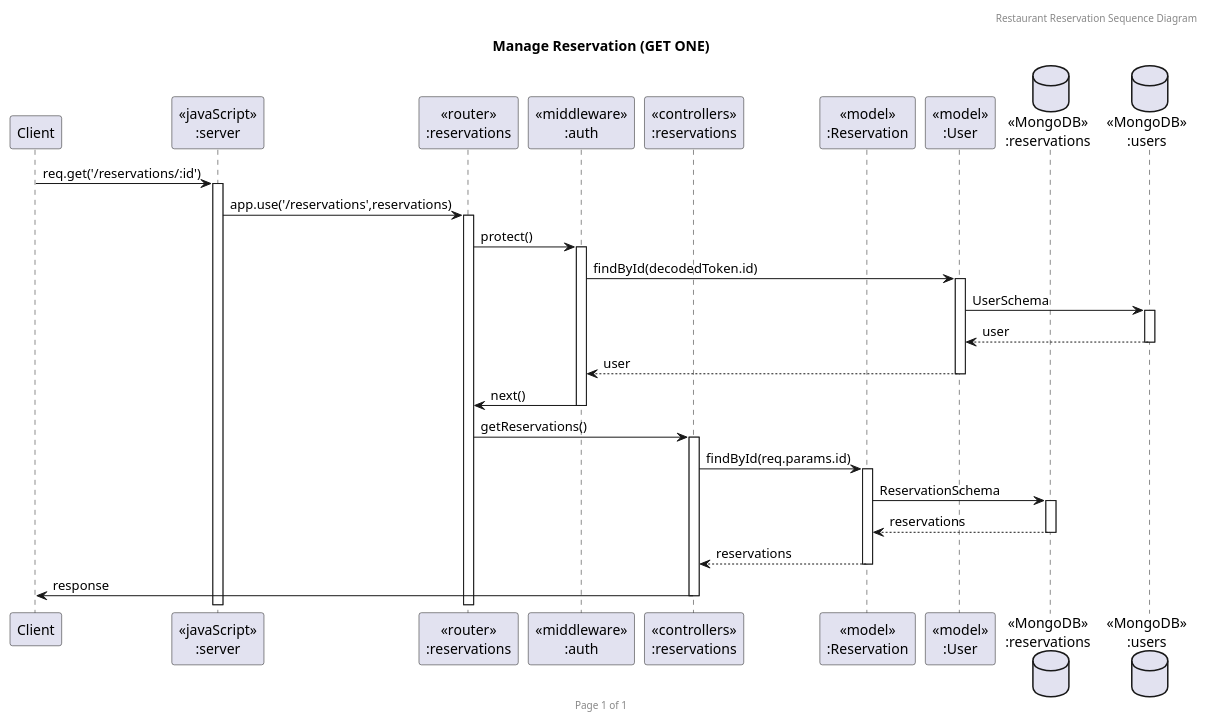
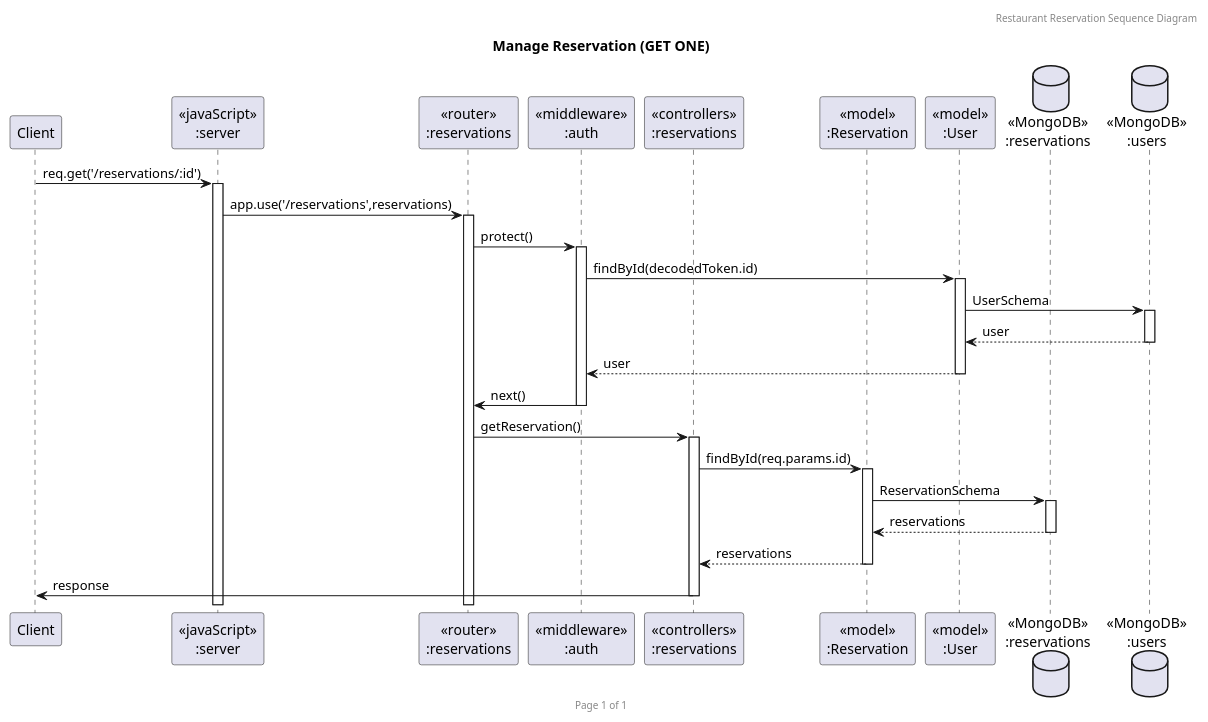
Before and after one commit to Prince-in-the-wood/sw-dev-term-project: the diagram in doc/sequence-diagrams/reservation/get-reservation.puml, drawn with PlantUML.

Commit message:
docs: Correct diagram info

```diff
--- a/doc/sequence-diagrams/reservation/get-reservation.puml
+++ b/doc/sequence-diagrams/reservation/get-reservation.puml
@@ -1,33 +1,33 @@
-@startuml Manage Reservation (GET ALL)
+@startuml Manage Reservation (GET ONE)
 
 header Restaurant Reservation Sequence Diagram
 footer Page %page% of %lastpage%
 title "Manage Reservation (GET ONE)"
 
 participant "Client" as client
 participant "<<javaScript>>\n:server" as server
 participant "<<router>>\n:reservations" as routerReservations
 participant "<<middleware>>\n:auth" as middlewareAuth
 participant "<<controllers>>\n:reservations" as controllersReservations
 participant "<<model>>\n:Reservation" as modelReservation
 participant "<<model>>\n:User" as modelUser
 database "<<MongoDB>>\n:reservations" as ReservationsDatabase
 database "<<MongoDB>>\n:users" as UsersDatabase
 
 ' GET ONE
 client->server ++:req.get('/reservations/:id')
 server->routerReservations ++:app.use('/reservations',reservations)
 routerReservations -> middlewareAuth ++:protect()
 middlewareAuth -> modelUser ++:findById(decodedToken.id)
 modelUser -> UsersDatabase ++:UserSchema
 UsersDatabase --> modelUser --:user
 modelUser --> middlewareAuth --:user
 middlewareAuth -> routerReservations --:next()
-routerReservations -> controllersReservations ++:getReservations()
+routerReservations -> controllersReservations ++:getReservation()
 controllersReservations -> modelReservation ++:findById(req.params.id)
 modelReservation ->ReservationsDatabase ++: ReservationSchema
 ReservationsDatabase --> modelReservation --: reservations
 controllersReservations <-- modelReservation --:reservations
 controllersReservations->client --:response
 
 @enduml
```
